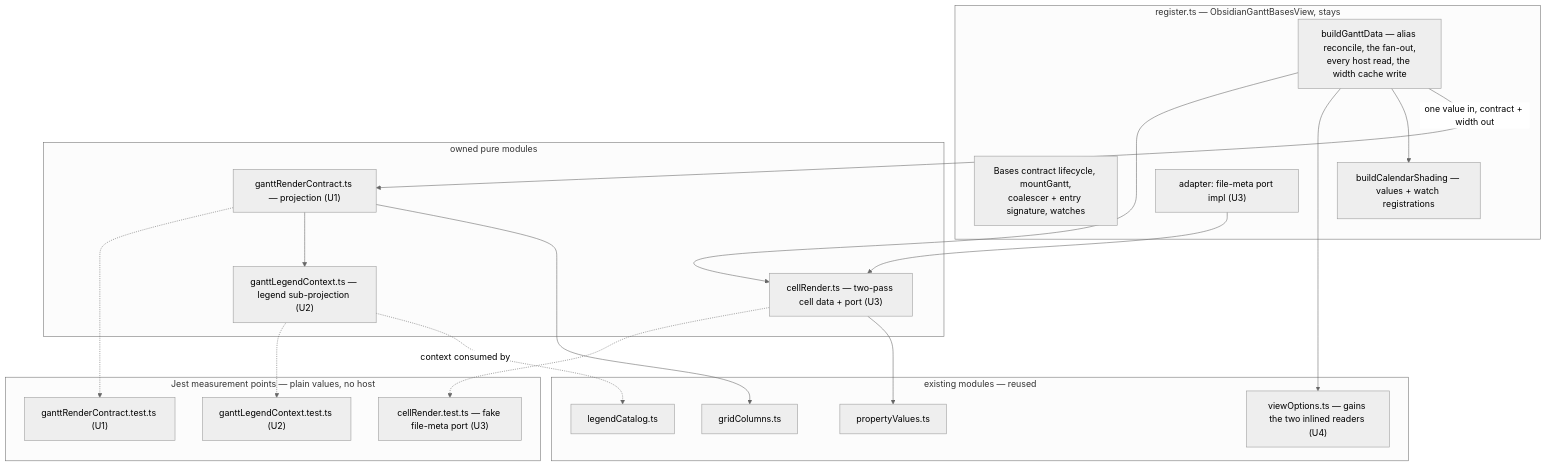
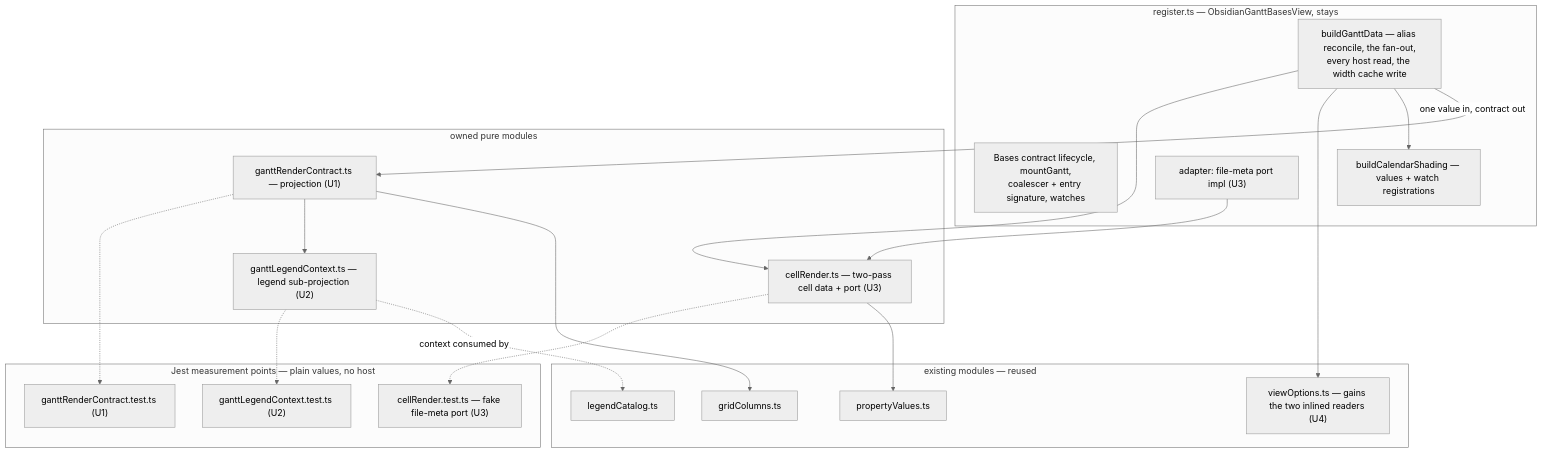
The first of 2 diagrams in docs/plans/2026-09-03-001-refactor-register-render-data-characterization-plan.md (renatomen/tasknotes-gantt), drawn with Mermaid (neutral theme) before and after one commit. The commit also changed other lines of this file, not shown here.

````diff
--- a/docs/plans/2026-09-03-001-refactor-register-render-data-characterization-plan.md
+++ b/docs/plans/2026-09-03-001-refactor-register-render-data-characterization-plan.md
@@ -164,37 +165,37 @@
 ```mermaid
 flowchart TB
   subgraph host [register.ts — ObsidianGanttBasesView, stays]
     LC["Bases contract lifecycle, mountGantt,\ncoalescer + entry signature, watches"]
     BGD["buildGanttData — alias reconcile, the fan-out,\nevery host read, the width cache write"]
     SH["buildCalendarShading — values + watch registrations"]
     AD["adapter: file-meta port impl (U3)"]
   end
   subgraph new [owned pure modules]
     RC["ganttRenderContract.ts — projection (U1)"]
     LG["ganttLegendContext.ts — legend sub-projection (U2)"]
     CD["cellRender.ts — two-pass cell data + port (U3)"]
   end
   subgraph reuse [existing modules — reused]
     VO["viewOptions.ts — gains the two inlined readers (U4)"]
     GC["gridColumns.ts"]
     PV["propertyValues.ts"]
     LCat["legendCatalog.ts"]
   end
   subgraph tests [Jest measurement points — plain values, no host]
     T1["ganttRenderContract.test.ts (U1)"]
     T2["ganttLegendContext.test.ts (U2)"]
     T3["cellRender.test.ts — fake file-meta port (U3)"]
   end
-  BGD -->|"one value in, contract + width out"| RC
+  BGD -->|"one value in, contract out"| RC
   BGD --> SH
   BGD --> VO
   AD --> CD
   CD --> PV
   BGD --> CD
   RC --> GC
   RC --> LG
   LG -.->|"context consumed by"| LCat
   RC -.-> T1
   LG -.-> T2
   CD -.-> T3
 ```
````
